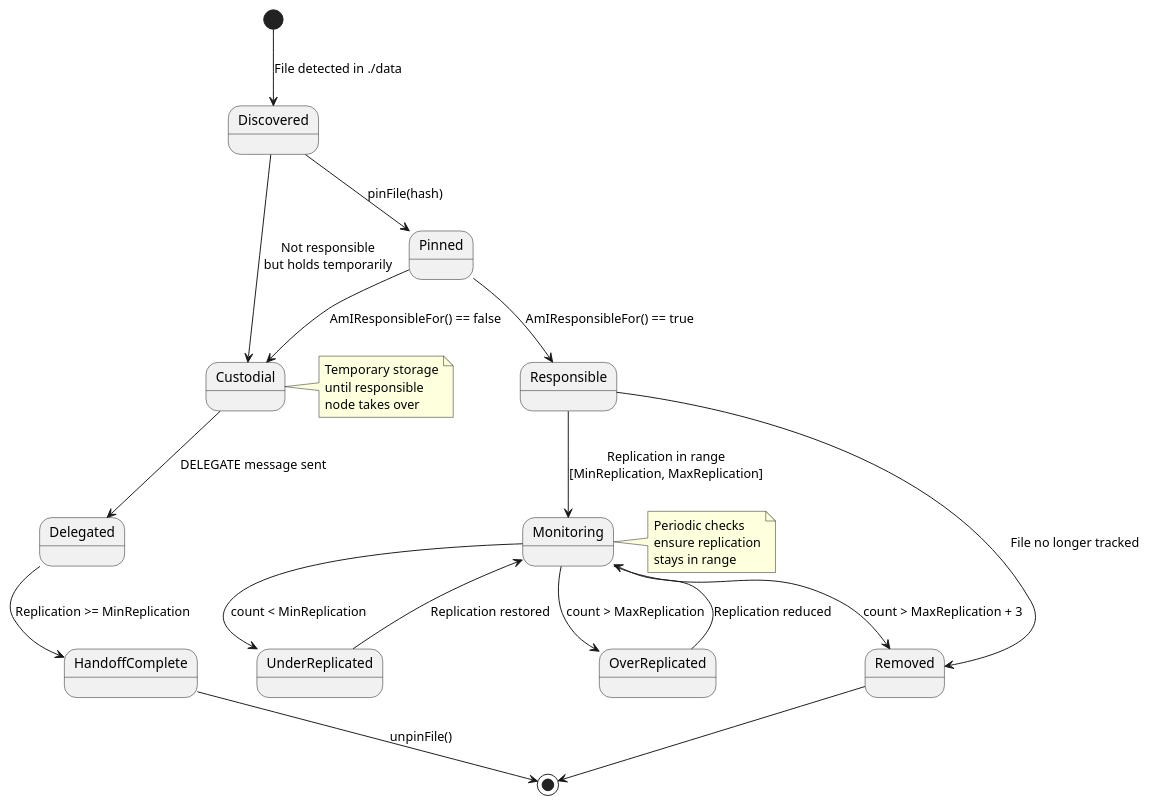
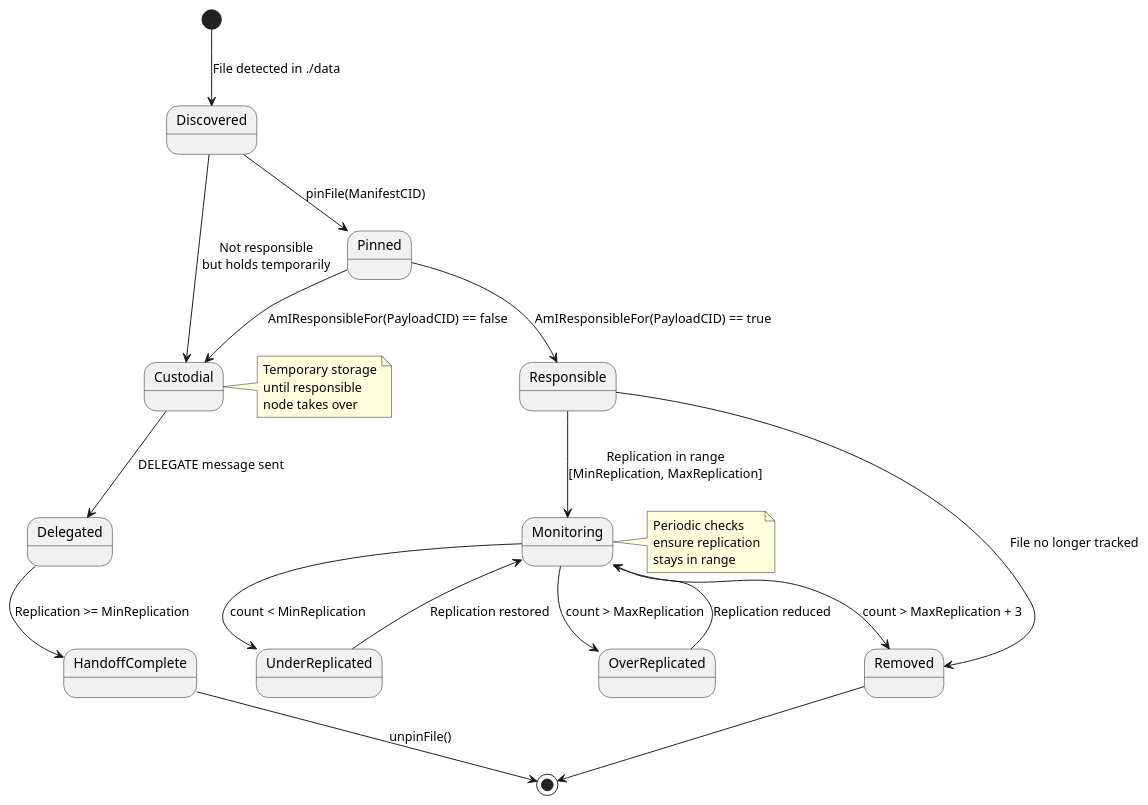
The diagram in docs/file_lifecycle_state.puml (gipplab/D-LOCKSS), drawn with PlantUML before and after one commit. The commit also changed 16 other files, not shown here.

```diff
--- a/docs/file_lifecycle_state.puml
+++ b/docs/file_lifecycle_state.puml
@@ -1,38 +1,38 @@
 @startuml File Lifecycle State Diagram
 
 [*] --> Discovered: File detected in ./data
 
-Discovered --> Pinned: pinFile(hash)
+Discovered --> Pinned: pinFile(ManifestCID)
 Discovered --> Custodial: Not responsible\nbut holds temporarily
 
-Pinned --> Responsible: AmIResponsibleFor() == true
-Pinned --> Custodial: AmIResponsibleFor() == false
+Pinned --> Responsible: AmIResponsibleFor(PayloadCID) == true
+Pinned --> Custodial: AmIResponsibleFor(PayloadCID) == false
 
 Custodial --> Delegated: DELEGATE message sent
 Delegated --> HandoffComplete: Replication >= MinReplication
 HandoffComplete --> [*]: unpinFile()
 
 Responsible --> Monitoring: Replication in range\n[MinReplication, MaxReplication]
 Monitoring --> UnderReplicated: count < MinReplication
 Monitoring --> OverReplicated: count > MaxReplication
 Monitoring --> Removed: count > MaxReplication + 3
 
 UnderReplicated --> Monitoring: Replication restored
 OverReplicated --> Monitoring: Replication reduced
 
 Responsible --> Removed: File no longer tracked
 Removed --> [*]
 
 note right of Custodial
     Temporary storage
     until responsible
     node takes over
 end note
 
 note right of Monitoring
     Periodic checks
     ensure replication
     stays in range
 end note
 
 @enduml
```
